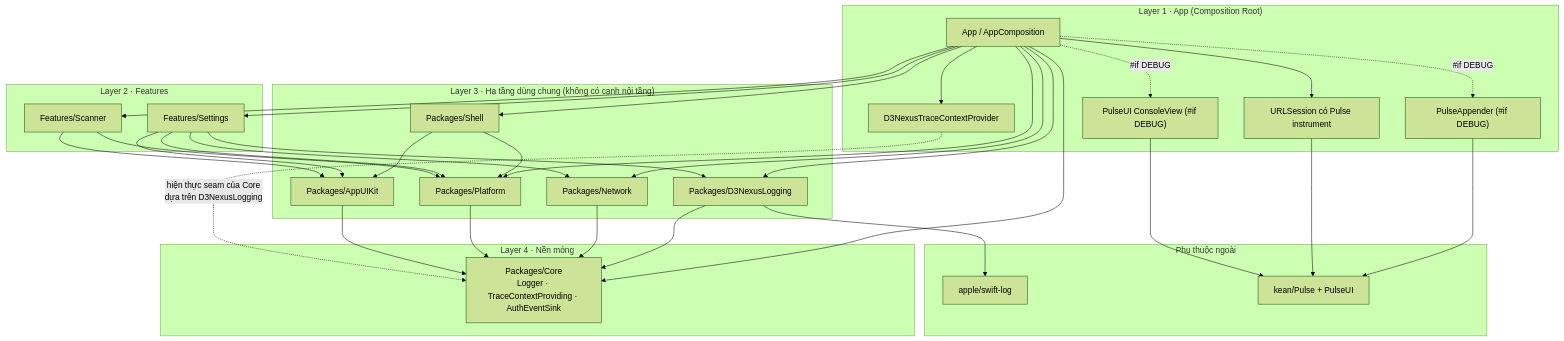
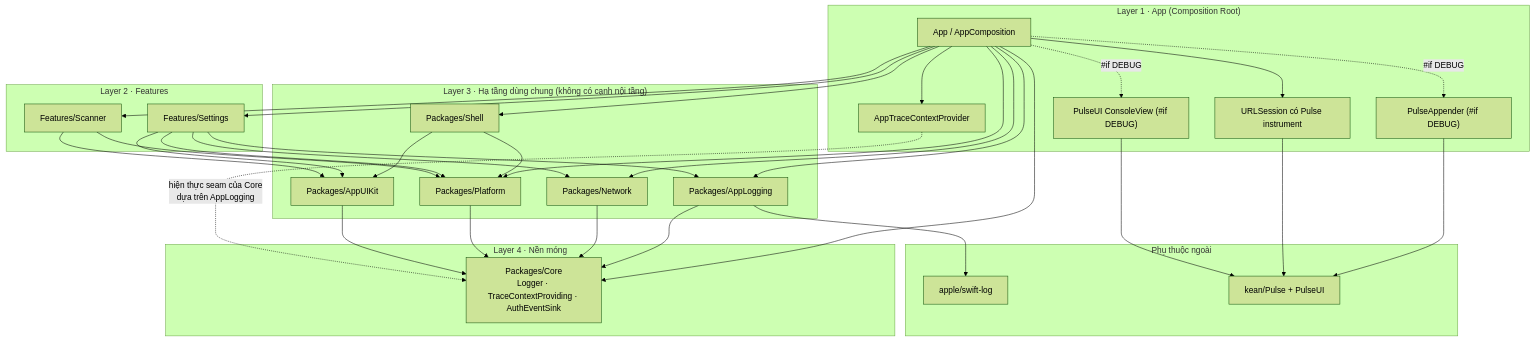
One commit to DanhDue/ios_digital_wallet changed the first of 4 diagrams in .devtool/epic/pulse_logger/pulse_logger.vi.md. Above: the diagram before and after it, drawn with Mermaid (forest theme). The commit also changed other lines of this file and 22 other files, not shown here.

First line of the commit message:
[PULSE_LOGGER] Rename logging module to AppLogging

````diff
--- a/.devtool/epic/pulse_logger/pulse_logger.vi.md
+++ b/.devtool/epic/pulse_logger/pulse_logger.vi.md
@@ -110,54 +132,54 @@
 ```mermaid
 graph TD
     subgraph Host["Layer 1 · App (Composition Root)"]
         App["App / AppComposition"]
         PulseApp["PulseAppender (#if DEBUG)"]
         PulseSession["URLSession có Pulse instrument"]
-        TraceBind["D3NexusTraceContextProvider"]
+        TraceBind["AppTraceContextProvider"]
         PulseUI["PulseUI ConsoleView (#if DEBUG)"]
     end
 
     subgraph L2["Layer 2 · Features"]
         Settings["Features/Settings"]
         Scanner["Features/Scanner"]
     end
 
     subgraph L3["Layer 3 · Hạ tầng dùng chung (không có cạnh nội tầng)"]
         Shell["Packages/Shell"]
-        Logging["Packages/D3NexusLogging"]
+        Logging["Packages/AppLogging"]
         Network["Packages/Network"]
         Platform["Packages/Platform"]
         UIKitPkg["Packages/AppUIKit"]
     end
 
     subgraph L4["Layer 4 · Nền móng"]
         Core["Packages/Core<br/>Logger · TraceContextProviding · AuthEventSink"]
     end
 
     subgraph Ext["Phụ thuộc ngoài"]
         SwiftLog["apple/swift-log"]
         PulseCore["kean/Pulse + PulseUI"]
     end
 
     App --> Shell & Logging & Network & Platform & Core
     App --> Settings & Scanner
     App -.->|#if DEBUG| PulseApp
     App --> PulseSession
     App --> TraceBind
     App -.->|#if DEBUG| PulseUI
     PulseApp --> PulseCore
     PulseSession --> PulseCore
     PulseUI --> PulseCore
 
     Logging --> Core
     Logging --> SwiftLog
     Network --> Core
     Platform --> Core
     UIKitPkg --> Core
     Shell --> Platform & UIKitPkg
 
     Settings --> Platform & Network & UIKitPkg & Logging
     Scanner --> Platform & UIKitPkg
 
-    TraceBind -.->|hiện thực seam của Core<br/>dựa trên D3NexusLogging| Core
+    TraceBind -.->|hiện thực seam của Core<br/>dựa trên AppLogging| Core
 ```
````
